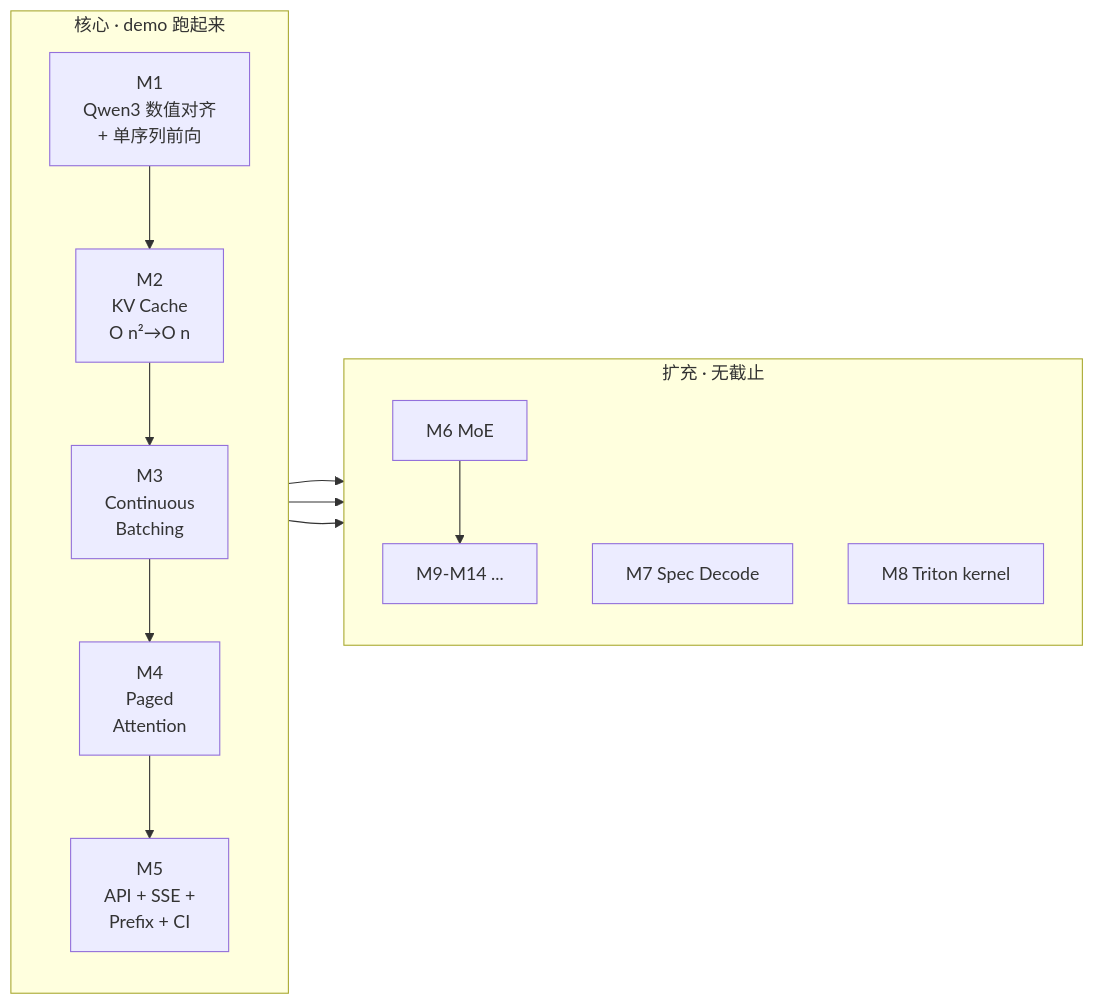
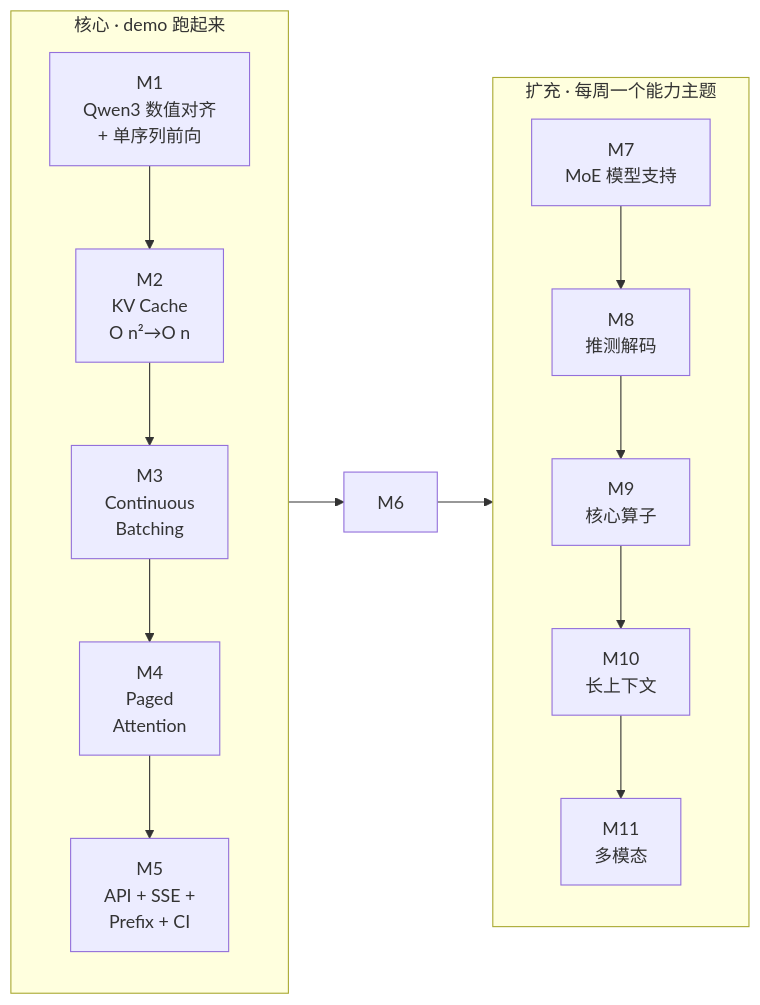
Before and after one commit to luhao-lab/inferlite: the diagram in README.md, drawn with Mermaid. The commit also changed other lines of this file, not shown here.

````diff
--- a/README.md
+++ b/README.md
@@ -45,23 +46,26 @@
 ```mermaid
 flowchart LR
     subgraph CORE [核心 · demo 跑起来]
         direction TB
         M1[M1<br/>Qwen3 数值对齐<br/>+ 单序列前向]
         M2[M2<br/>KV Cache<br/>O n²→O n ]
         M3[M3<br/>Continuous<br/>Batching]
         M4[M4<br/>Paged<br/>Attention]
         M5[M5<br/>API + SSE +<br/>Prefix + CI]
         M1 --> M2 --> M3 --> M4 --> M5
     end
-    subgraph EXT [扩充 · 无截止]
+    subgraph EXT [扩充 · 每周一个能力主题]
         direction TB
-        M6[M6 MoE]
-        M7[M7 Spec Decode]
-        M8[M8 Triton kernel]
-        M9[M9-M14 ...]
+        M7[M7<br/>MoE 模型支持]
+        M8[M8<br/>推测解码]
+        M9[M9<br/>核心算子]
+        M10[M10<br/>长上下文]
+        M11[M11<br/>多模态]
     end
     M5 --> M6
-    M5 --> M7
-    M5 --> M8
-    M6 --> M9
+    M6 --> M7
+    M7 --> M8
+    M8 --> M9
+    M9 --> M10
+    M10 --> M11
 ```
````
